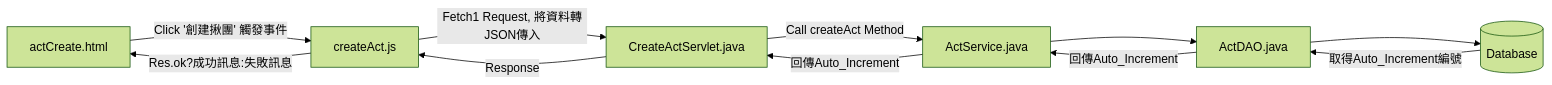
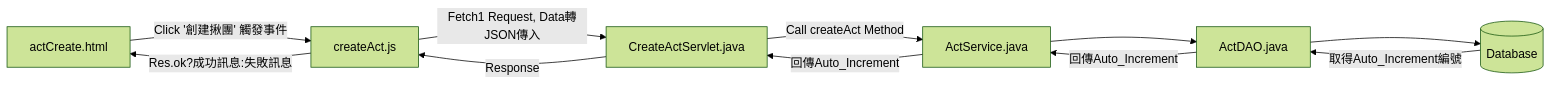
The second of 16 diagrams in README.md (TLexYuW/CGA103G1OwnPart), drawn with Mermaid (forest theme) before and after one commit. The commit also changed other lines of this file, not shown here.

````diff
--- a/README.md
+++ b/README.md
@@ -62,6 +62,6 @@
 ```mermaid
 flowchart LR
-	aC[actCreate.html] -->|Click '創建揪團' 觸發事件| cA[createAct.js] -->|Fetch1 Request, 將資料轉JSON傳入| CAS[CreateActServlet.java] 
+	aC[actCreate.html] -->|Click '創建揪團' 觸發事件| cA[createAct.js] -->|Fetch1 Request, Data轉JSON傳入| CAS[CreateActServlet.java] 
 	-->|Call createAct Method| AS[ActService.java] --> AD[ActDAO.java] --> DB[(Database)]
 	DB -->|取得Auto_Increment編號| AD -->|回傳Auto_Increment| AS -->|回傳Auto_Increment| CAS -->|Response| cA -->|Res.ok?成功訊息:失敗訊息| aC
 ```
````
